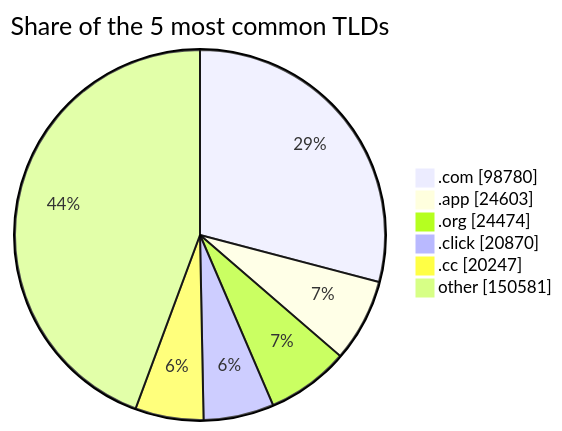
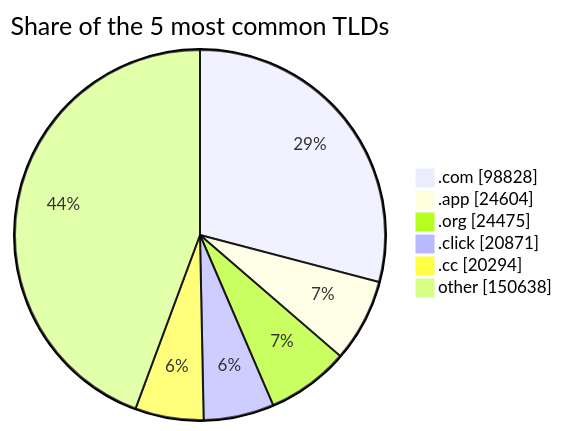
One commit to DNSBunker/CTI changed the third of 3 diagrams in README.md. Above: the diagram before and after it, drawn with Mermaid. The commit also changed other lines of this file and 4 other files, not shown here.

````diff
--- a/README.md
+++ b/README.md
@@ -81,9 +81,9 @@
 ```mermaid
 pie showData title Share of the 5 most common TLDs
-    ".com" : 98780
-    ".app" : 24603
-    ".org" : 24474
-    ".click" : 20870
-    ".cc" : 20247
-    "other" : 150581
+    ".com" : 98828
+    ".app" : 24604
+    ".org" : 24475
+    ".click" : 20871
+    ".cc" : 20294
+    "other" : 150638
 ```
````
